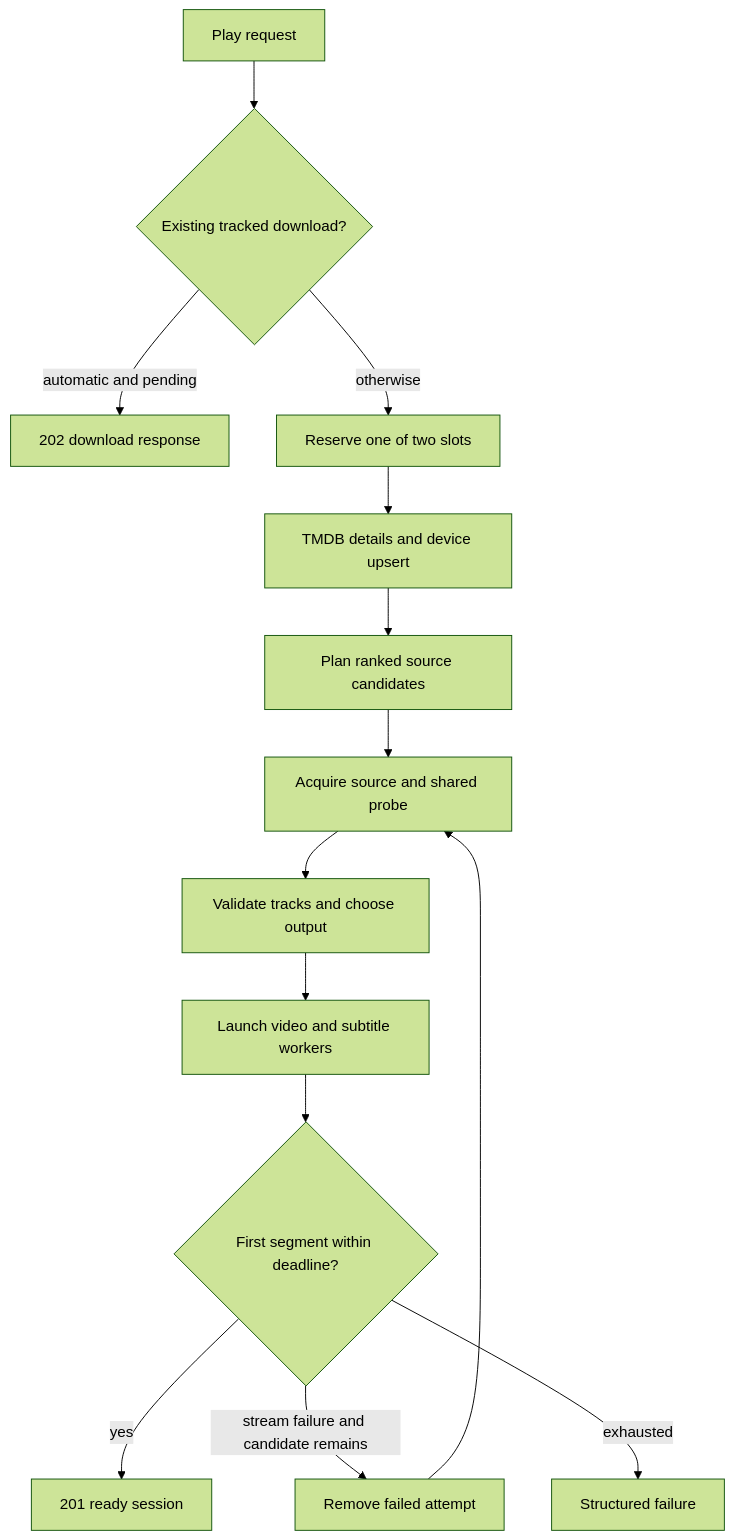
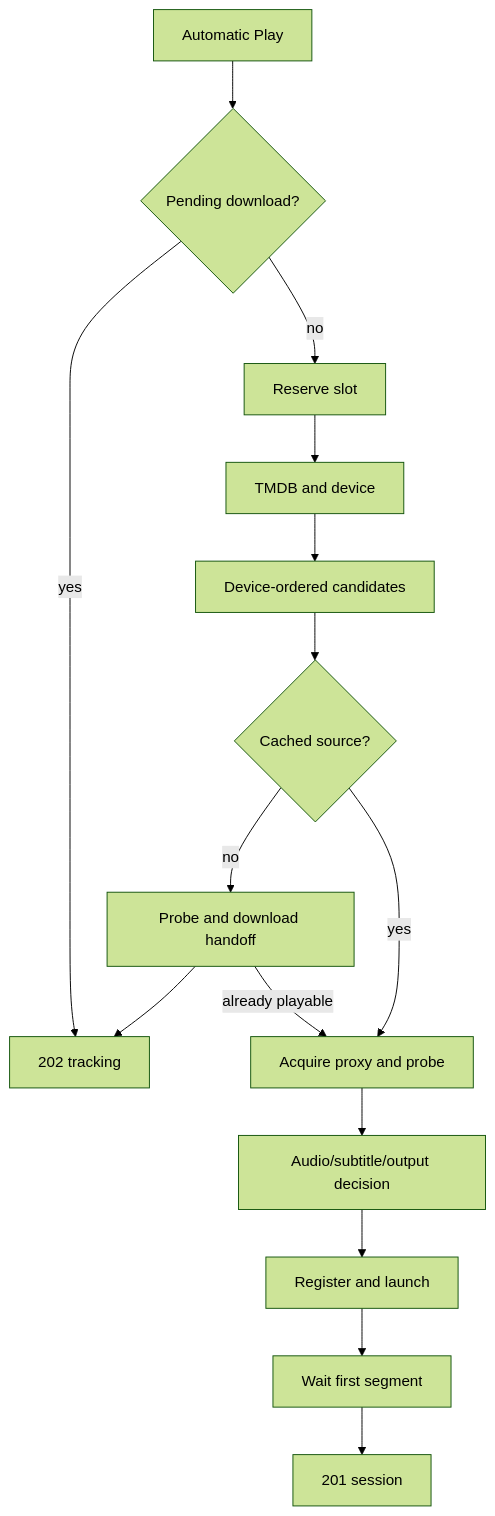
Before and after one commit to VeroxAUS/homestream: the diagram in droid-wiki/systems/playback/index.md, drawn with Mermaid (forest theme). The commit also changed other lines of this file and 57 other files, not shown here.

````diff
--- a/droid-wiki/systems/playback/index.md
+++ b/droid-wiki/systems/playback/index.md
@@ -26,16 +26,17 @@
 ```mermaid
-flowchart TD
-    Request[Play request] --> Existing{Existing tracked download?}
-    Existing -->|automatic and pending| Download[202 download response]
-    Existing -->|otherwise| Slot[Reserve one of two slots]
-    Slot --> Metadata[TMDB details and device upsert]
-    Metadata --> Plan[Plan ranked source candidates]
-    Plan --> Attempt[Acquire source and shared probe]
-    Attempt --> Tracks[Validate tracks and choose output]
-    Tracks --> Launch[Launch video and subtitle workers]
-    Launch --> First{First segment within deadline?}
-    First -->|yes| Session[201 ready session]
-    First -->|stream failure and candidate remains| Cleanup[Remove failed attempt]
-    Cleanup --> Attempt
-    First -->|exhausted| Error[Structured failure]
+graph TD
+    Request[Automatic Play] --> Pending{Pending download?}
+    Pending -->|yes| Tracking[202 tracking]
+    Pending -->|no| Reserve[Reserve slot]
+    Reserve --> Metadata[TMDB and device]
+    Metadata --> Candidates[Device-ordered candidates]
+    Candidates --> Cached{Cached source?}
+    Cached -->|no| Download[Probe and download handoff]
+    Download --> Tracking
+    Download -->|already playable| Acquire
+    Cached -->|yes| Acquire[Acquire proxy and probe]
+    Acquire --> Decision[Audio/subtitle/output decision]
+    Decision --> Launch[Register and launch]
+    Launch --> First[Wait first segment]
+    First --> Ready[201 session]
 ```
````
